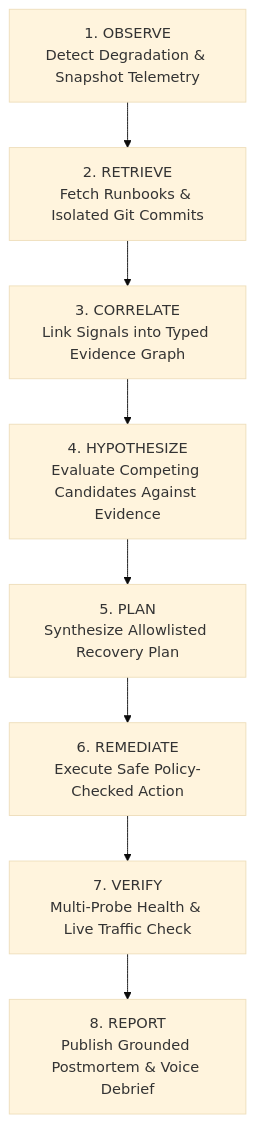
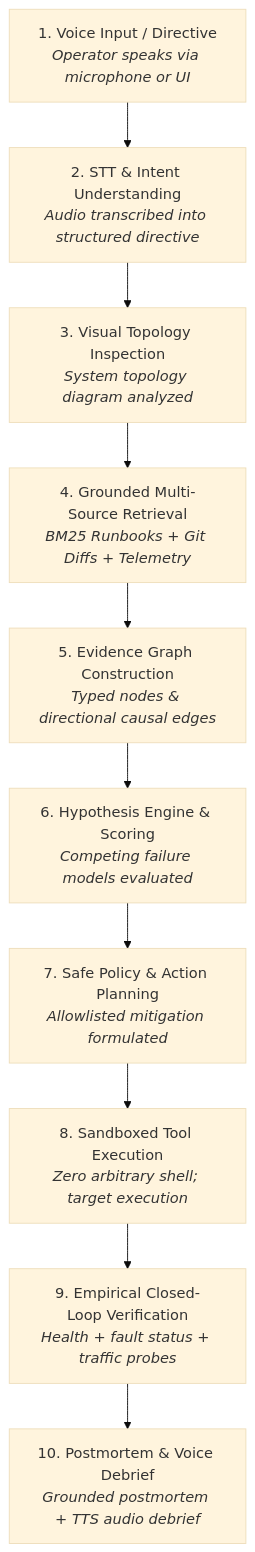
One commit to sakavssprasanna-jpg/ChaosPilot changed the first of 2 diagrams in README.md. Above: the diagram before and after it, drawn with Mermaid (base theme). The commit also changed other lines of this file, not shown here.

Commit message:
chaospilot: update comprehensive README with deep workflow and line-by-line architecture walkthrough

````diff
--- a/README.md
+++ b/README.md
@@ -96,10 +56,12 @@
 ```mermaid
 flowchart TD
-    P1["1. OBSERVE<br/>Detect Degradation & Snapshot Telemetry"] --> P2["2. RETRIEVE<br/>Fetch Runbooks & Isolated Git Commits"]
-    P2 --> P3["3. CORRELATE<br/>Link Signals into Typed Evidence Graph"]
-    P3 --> P4["4. HYPOTHESIZE<br/>Evaluate Competing Candidates Against Evidence"]
-    P4 --> P5["5. PLAN<br/>Synthesize Allowlisted Recovery Plan"]
-    P5 --> P6["6. REMEDIATE<br/>Execute Safe Policy-Checked Action"]
-    P6 --> P7["7. VERIFY<br/>Multi-Probe Health & Live Traffic Check"]
-    P7 --> P8["8. REPORT<br/>Publish Grounded Postmortem & Voice Debrief"]
+    Step1["1. Voice Input / Directive<br/><i>Operator speaks via microphone or UI</i>"] --> Step2["2. STT & Intent Understanding<br/><i>Audio transcribed into structured directive</i>"]
+    Step2 --> Step3["3. Visual Topology Inspection<br/><i>System topology diagram analyzed</i>"]
+    Step3 --> Step4["4. Grounded Multi-Source Retrieval<br/><i>BM25 Runbooks + Git Diffs + Telemetry</i>"]
+    Step4 --> Step5["5. Evidence Graph Construction<br/><i>Typed nodes & directional causal edges</i>"]
+    Step5 --> Step6["6. Hypothesis Engine & Scoring<br/><i>Competing failure models evaluated</i>"]
+    Step6 --> Step7["7. Safe Policy & Action Planning<br/><i>Allowlisted mitigation formulated</i>"]
+    Step7 --> Step8["8. Sandboxed Tool Execution<br/><i>Zero arbitrary shell; target execution</i>"]
+    Step8 --> Step9["9. Empirical Closed-Loop Verification<br/><i>Health + fault status + traffic probes</i>"]
+    Step9 --> Step10["10. Postmortem & Voice Debrief<br/><i>Grounded postmortem + TTS audio debrief</i>"]
 ```
````
